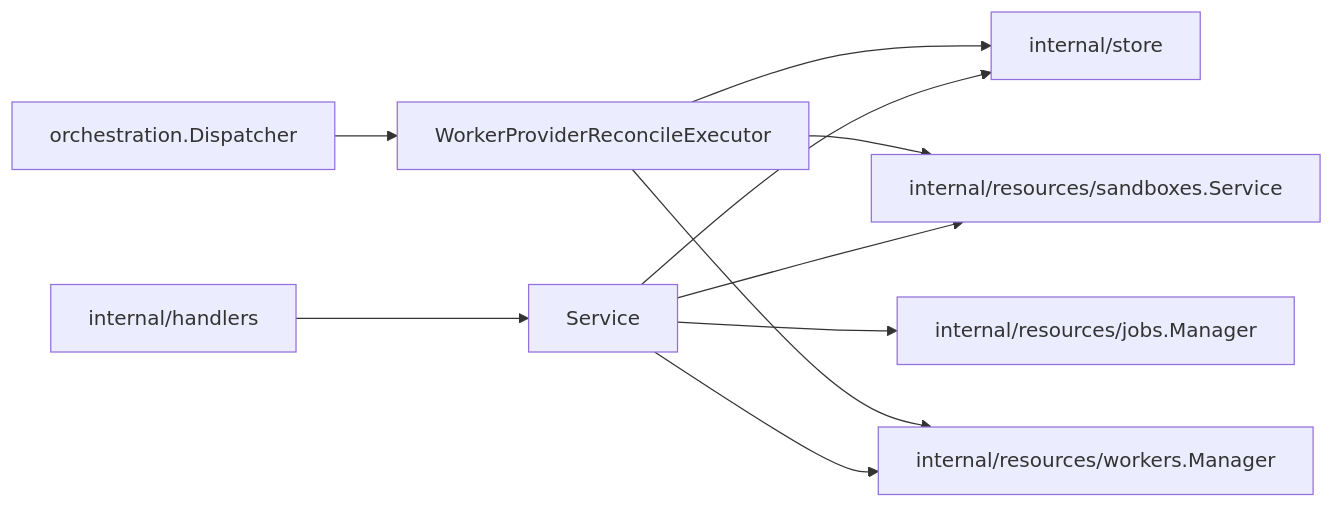
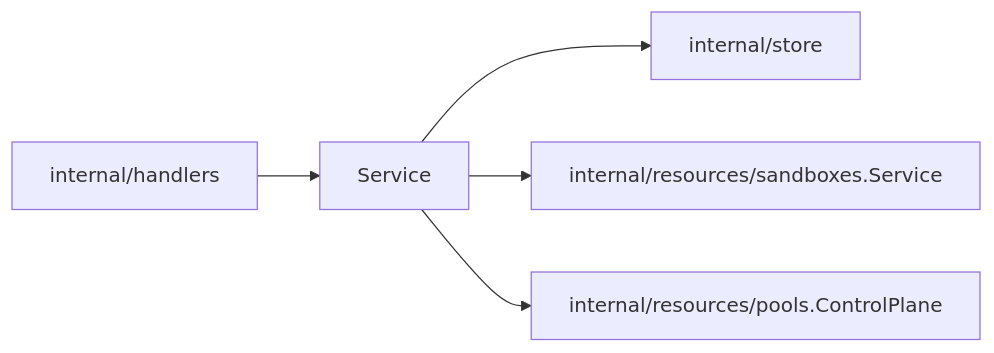
The diagram in server/internal/resources/providers/DESIGN.md (discobox-ai/discobox), drawn with Mermaid before and after one commit. The commit also changed other lines of this file and 294 other files, not shown here.

````diff
--- a/server/internal/resources/providers/DESIGN.md
+++ b/server/internal/resources/providers/DESIGN.md
@@ -9,12 +10,7 @@
 ```mermaid
 flowchart LR
     api[internal/handlers] --> service[Service]
     service --> store[internal/store]
     service --> sandboxCatalog[internal/resources/sandboxes.Service]
-    service --> workers[internal/resources/workers.Manager]
-    service --> jobs[internal/resources/jobs.Manager]
-    dispatcher[orchestration.Dispatcher] --> executor[WorkerProviderReconcileExecutor]
-    executor --> store
-    executor --> sandboxCatalog
-    executor --> workers
+    service --> pools[internal/resources/pools.ControlPlane]
 ```
````
